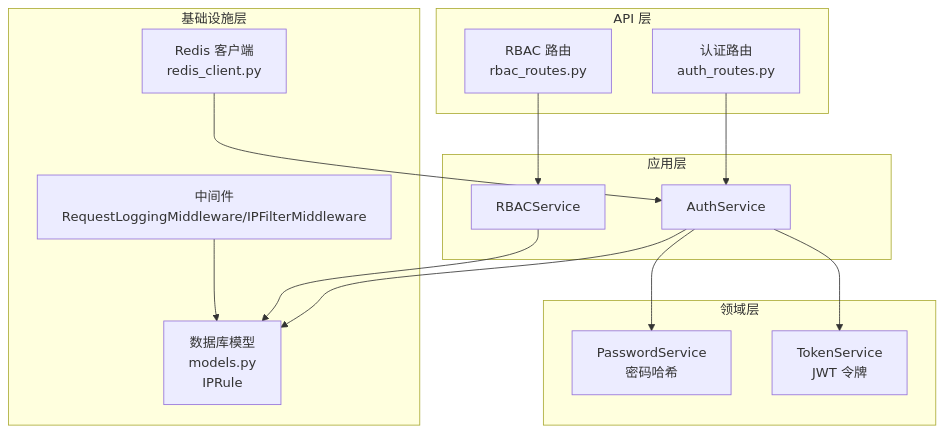
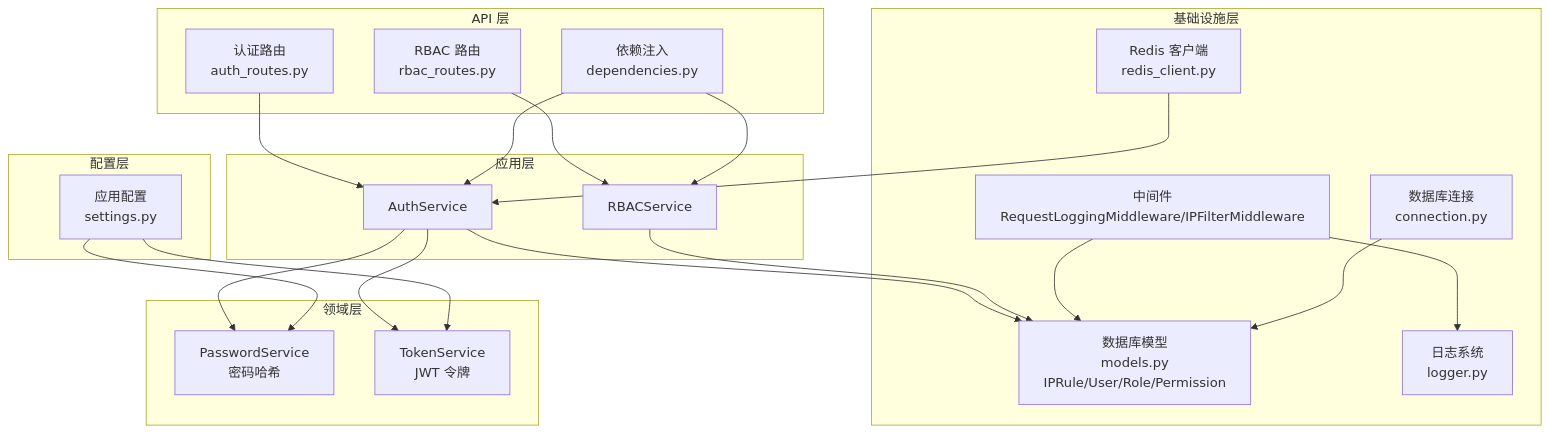
The first of 8 diagrams in .qoder/repowiki/zh/content/数据模型设计/安全实体模型.md (taoweidong/Hello-FastApi), drawn with Mermaid before and after one commit. The commit also changed other lines of this file and 11 other files, not shown here.

````diff
--- a/.qoder/repowiki/zh/content/数据模型设计/安全实体模型.md
+++ b/.qoder/repowiki/zh/content/数据模型设计/安全实体模型.md
@@ -52,28 +75,40 @@
 ```mermaid
 graph TB
 subgraph "API 层"
 AR["认证路由<br/>auth_routes.py"]
 RR["RBAC 路由<br/>rbac_routes.py"]
+DI["依赖注入<br/>dependencies.py"]
 end
 subgraph "应用层"
 AS["AuthService"]
 RS["RBACService"]
 end
 subgraph "领域层"
 PS["PasswordService<br/>密码哈希"]
 TS["TokenService<br/>JWT 令牌"]
 end
 subgraph "基础设施层"
 MW["中间件<br/>RequestLoggingMiddleware/IPFilterMiddleware"]
 RC["Redis 客户端<br/>redis_client.py"]
-DB["数据库模型<br/>models.py<br/>IPRule"]
+DB["数据库模型<br/>models.py<br/>IPRule/User/Role/Permission"]
+DC["数据库连接<br/>connection.py"]
+LG["日志系统<br/>logger.py"]
+end
+subgraph "配置层"
+ST["应用配置<br/>settings.py"]
 end
 AR --> AS
 RR --> RS
+DI --> AS
+DI --> RS
 AS --> PS
 AS --> TS
 AS --> DB
 RS --> DB
 MW --> DB
+MW --> LG
 RC --> AS
+DC --> DB
+ST --> TS
+ST --> PS
 ```
````
